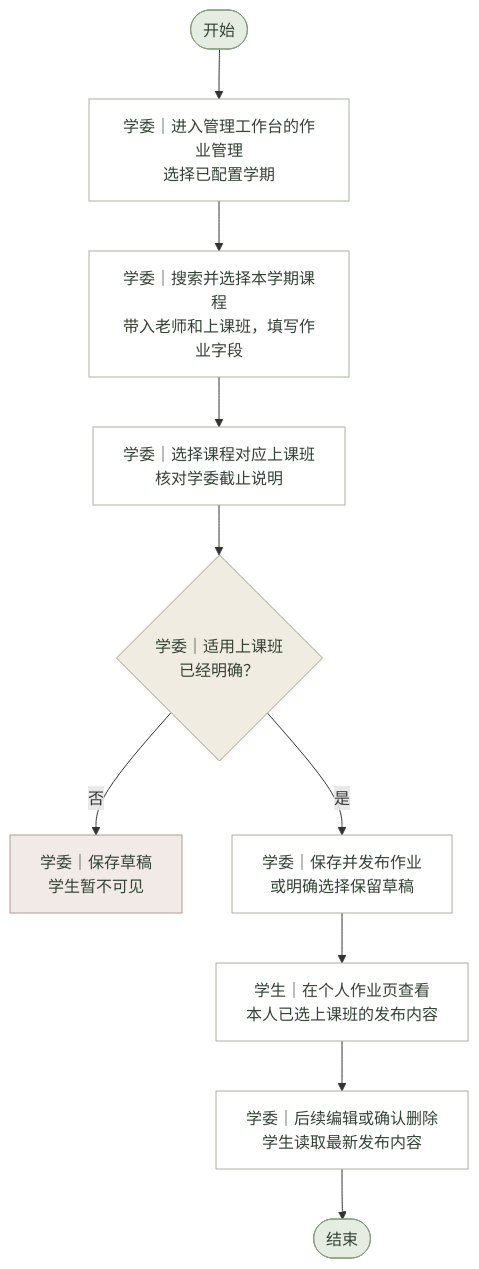
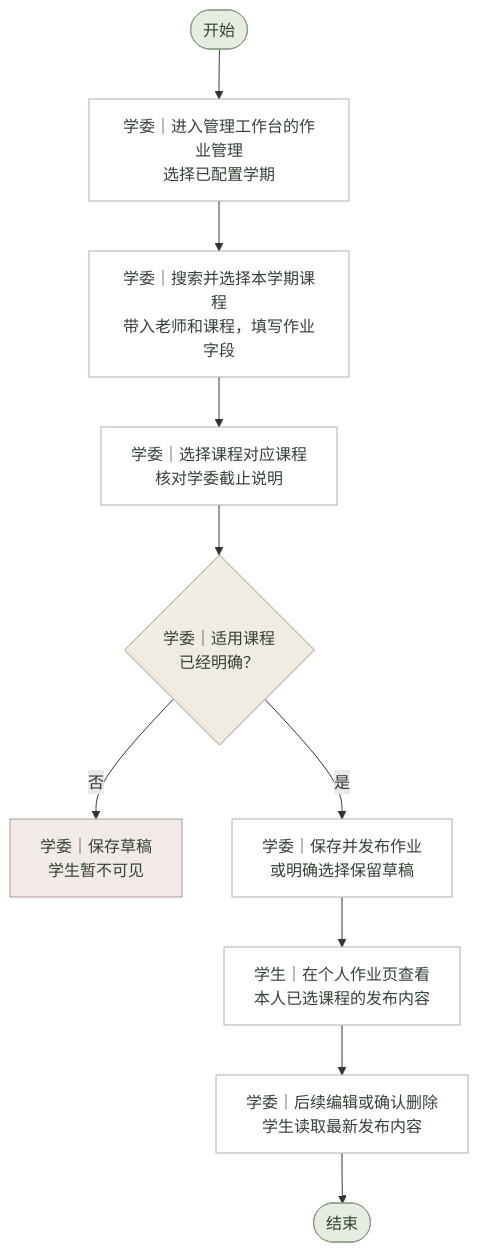
One commit to lichen-lc123/class-assistant changed the diagram in 需求文档/作业功能/流程图源文件/业务流程图/管理员作业维护.mmd. Above: the diagram before and after it, drawn with Mermaid. The commit also changed 149 other files, not shown here.

```diff
--- a/需求文档/作业功能/流程图源文件/业务流程图/管理员作业维护.mmd
+++ b/需求文档/作业功能/流程图源文件/业务流程图/管理员作业维护.mmd
@@ -1,36 +1,36 @@
-%% 管理员作业维护 · 业务流程图 · V1.0 · 2026-11-04
+%% 管理员作业维护 · 业务流程图 · V1.0 · 2026-11-06
 flowchart TD
     N0(["开始"])
     N1["学委｜进入管理工作台的作业管理<br/>选择已配置学期"]
-    N2["学委｜搜索并选择本学期课程<br/>带入老师和上课班，填写作业字段"]
-    N3["学委｜选择课程对应上课班<br/>核对学委截止说明"]
-    N4{"学委｜适用上课班<br/>已经明确？"}
+    N2["学委｜搜索并选择本学期课程<br/>带入老师和课程，填写作业字段"]
+    N3["学委｜选择课程对应课程<br/>核对学委截止说明"]
+    N4{"学委｜适用课程<br/>已经明确？"}
     B4["学委｜保存草稿<br/>学生暂不可见"]
     N5["学委｜保存并发布作业<br/>或明确选择保留草稿"]
-    N6["学生｜在个人作业页查看<br/>本人已选上课班的发布内容"]
+    N6["学生｜在个人作业页查看<br/>本人已选课程的发布内容"]
     N7["学委｜后续编辑或确认删除<br/>学生读取最新发布内容"]
     N8(["结束"])
     N0 --> N1
     N1 --> N2
     N2 --> N3
     N3 --> N4
     N4 -->|否| B4
     N4 -->|是| N5
     N5 --> N6
     N6 --> N7
     N7 --> N8
     classDef normal fill:#FFFFFF,stroke:#A8B2A2,color:#344235;
     classDef decision fill:#F0ECE2,stroke:#A69B83,color:#344235;
     classDef terminal fill:#E5ECE2,stroke:#8A9D82,color:#344235;
     classDef exception fill:#F2EAE6,stroke:#B09B91,color:#344235;
     classDef database fill:#E7EDF0,stroke:#8A9CA6,color:#344235;
     class N0 terminal;
     class N1 normal;
     class N2 normal;
     class N3 normal;
     class N4 decision;
     class B4 exception;
     class N5 normal;
     class N6 normal;
     class N7 normal;
     class N8 terminal;
```
